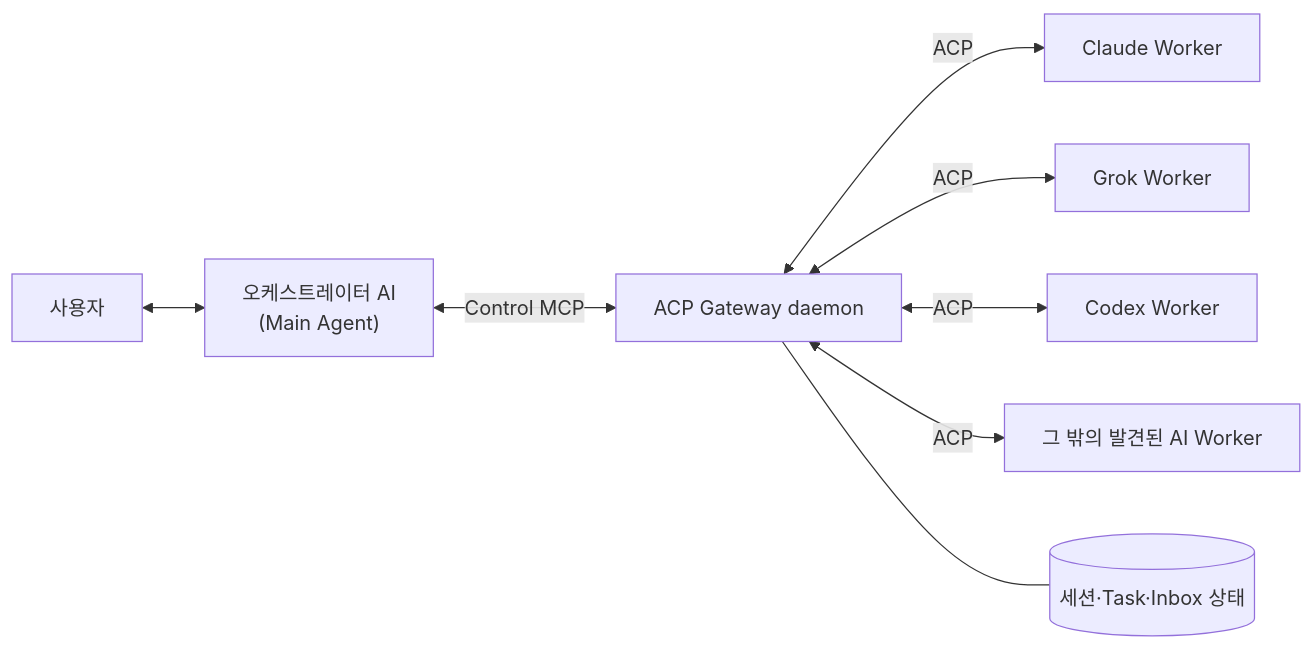
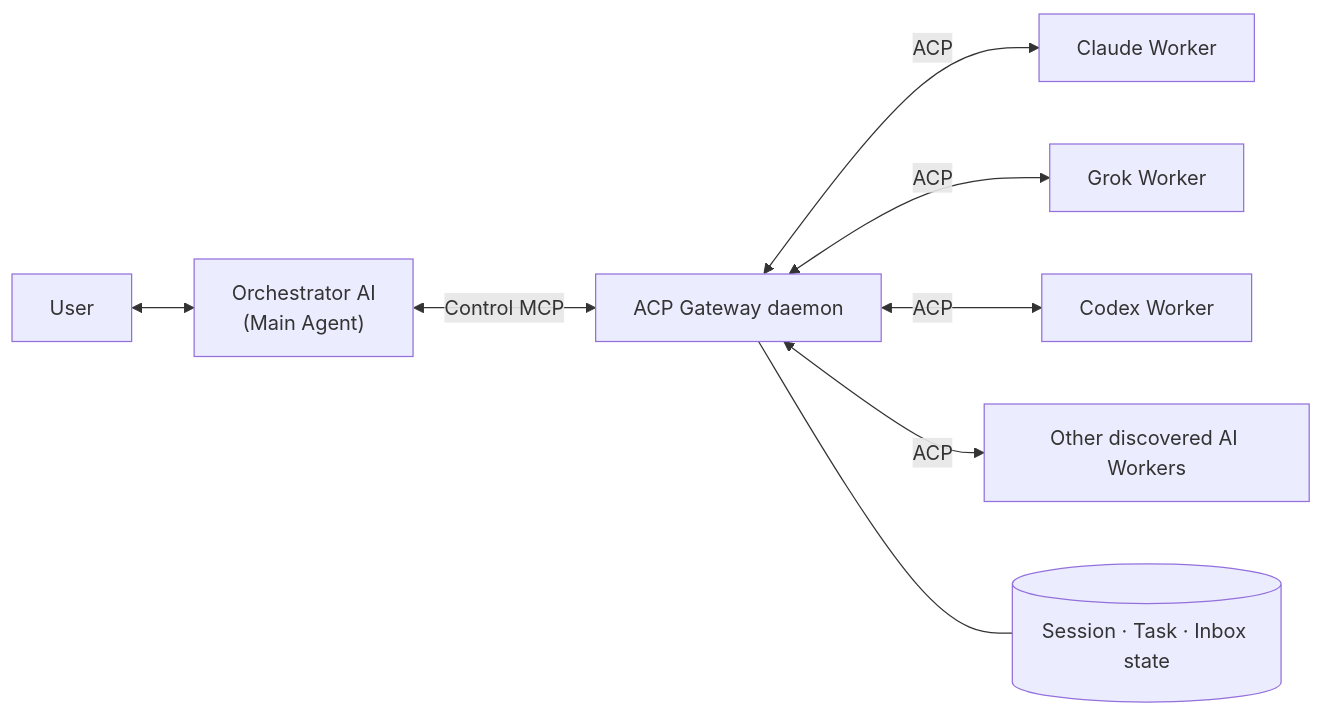
One commit to creverse-ai-lab/agent_gateway changed the diagram in README.md. Above: the diagram before and after it, drawn with Mermaid. The commit also changed other lines of this file and 16 other files, not shown here.

````diff
--- a/README.md
+++ b/README.md
@@ -294,10 +101,10 @@
 ```mermaid
 flowchart LR
-    U["사용자"] <--> M["오케스트레이터 AI<br/>(Main Agent)"]
+    U["User"] <--> M["Orchestrator AI<br/>(Main Agent)"]
     M <-->|"Control MCP"| G["ACP Gateway daemon"]
     G <-->|"ACP"| C["Claude Worker"]
     G <-->|"ACP"| X["Grok Worker"]
     G <-->|"ACP"| O["Codex Worker"]
-    G <-->|"ACP"| A["그 밖의 발견된 AI Worker"]
-    G --- S[("세션·Task·Inbox 상태")]
+    G <-->|"ACP"| A["Other discovered AI Workers"]
+    G --- S[("Session · Task · Inbox state")]
 ```
````
